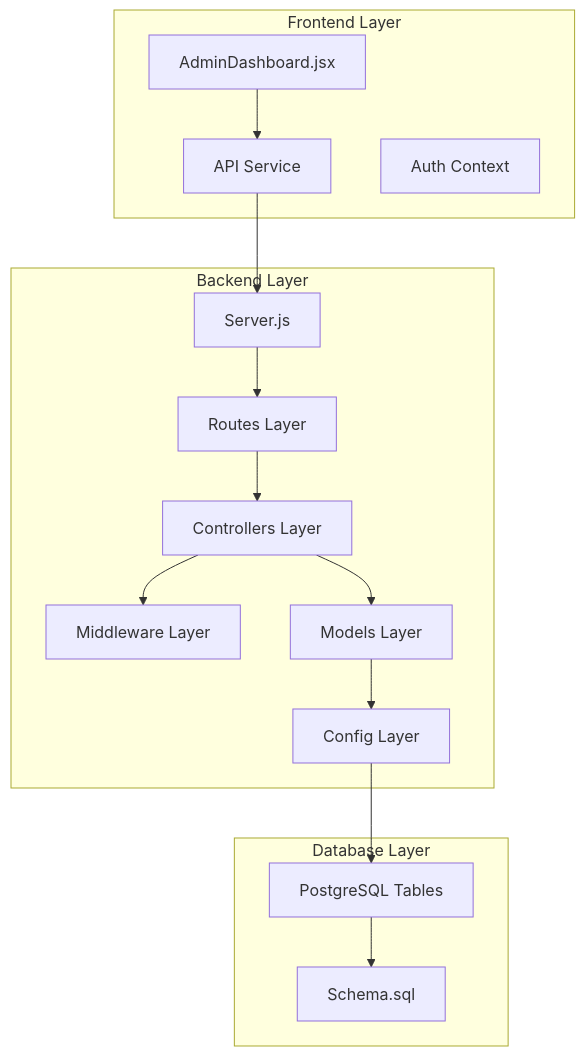
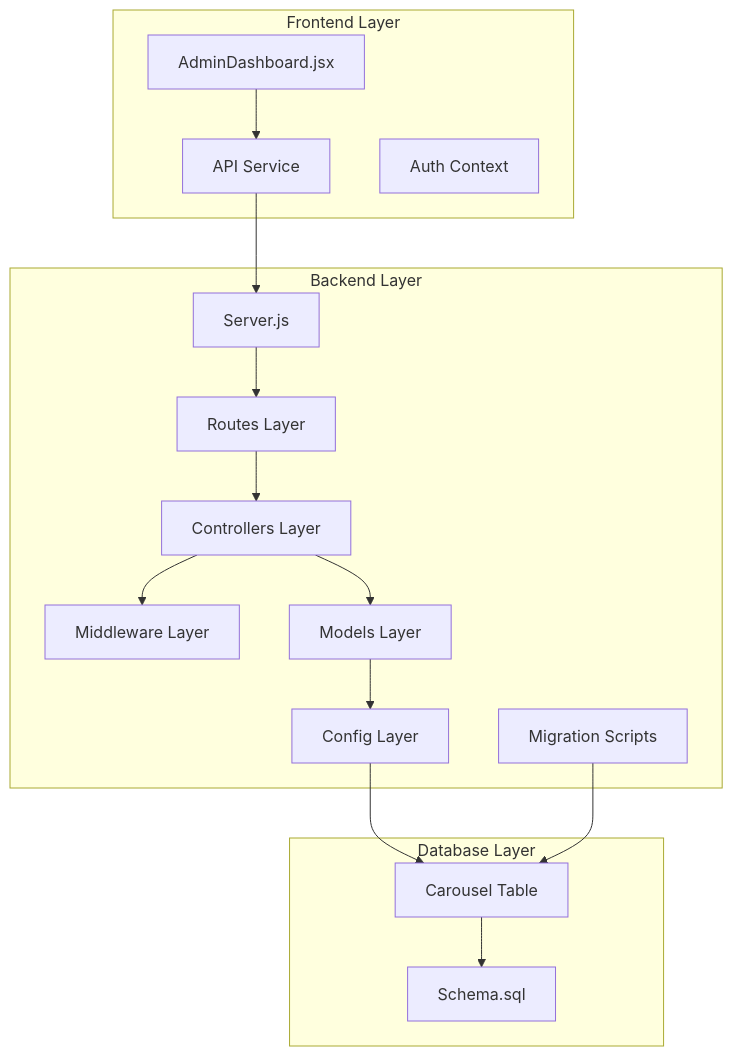
One commit to Alexandrexicara/craque-vision changed the first of 10 diagrams in .qoder/repowiki/en/content/Backend API Documentation/Administrative Features.md. Above: the diagram before and after it, drawn with Mermaid. The commit also changed other lines of this file and 5 other files, not shown here.

````diff
--- a/.qoder/repowiki/en/content/Backend API Documentation/Administrative Features.md
+++ b/.qoder/repowiki/en/content/Backend API Documentation/Administrative Features.md
@@ -47,29 +59,32 @@
 ```mermaid
 graph TB
 subgraph "Backend Layer"
 Server[Server.js]
 Routes[Routes Layer]
 Controllers[Controllers Layer]
 Middleware[Middleware Layer]
 Models[Models Layer]
 Config[Config Layer]
+Migration[Migrate.js]
 end
 subgraph "Frontend Layer"
 AdminUI[AdminDashboard.jsx]
 APIService[API Service]
 AuthContext[Auth Context]
 end
 subgraph "Database Layer"
 Schema[Schema.sql]
-Tables[PostgreSQL Tables]
+CarouselTable[Carousel Table]
+Migration[Migration Scripts]
 end
 AdminUI --> APIService
 APIService --> Server
 Server --> Routes
 Routes --> Controllers
 Controllers --> Middleware
 Controllers --> Models
 Models --> Config
-Config --> Tables
-Tables --> Schema
+Config --> CarouselTable
+Migration --> CarouselTable
+CarouselTable --> Schema
 ```
````
